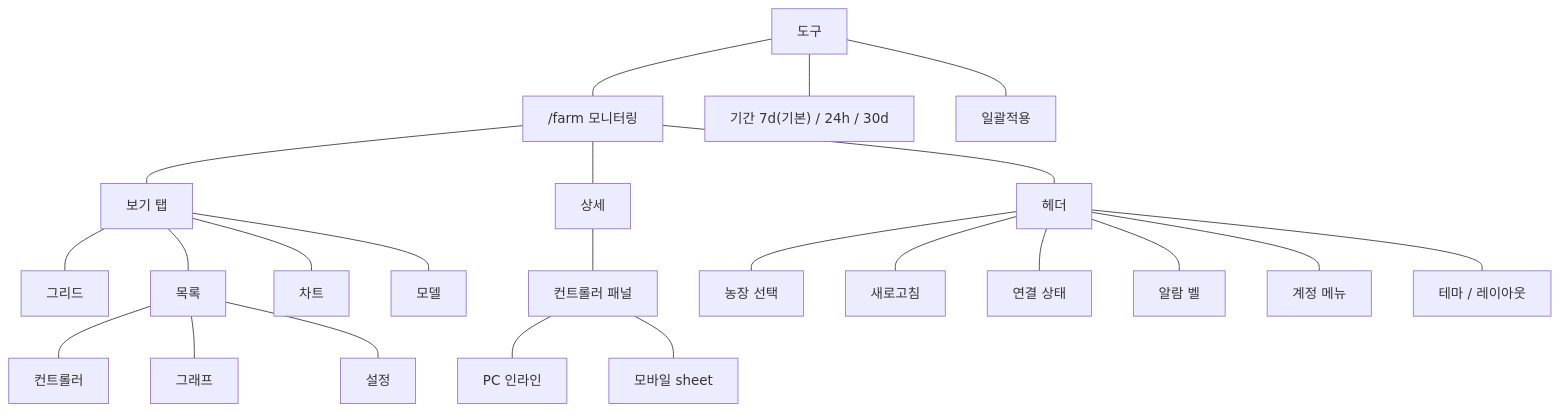
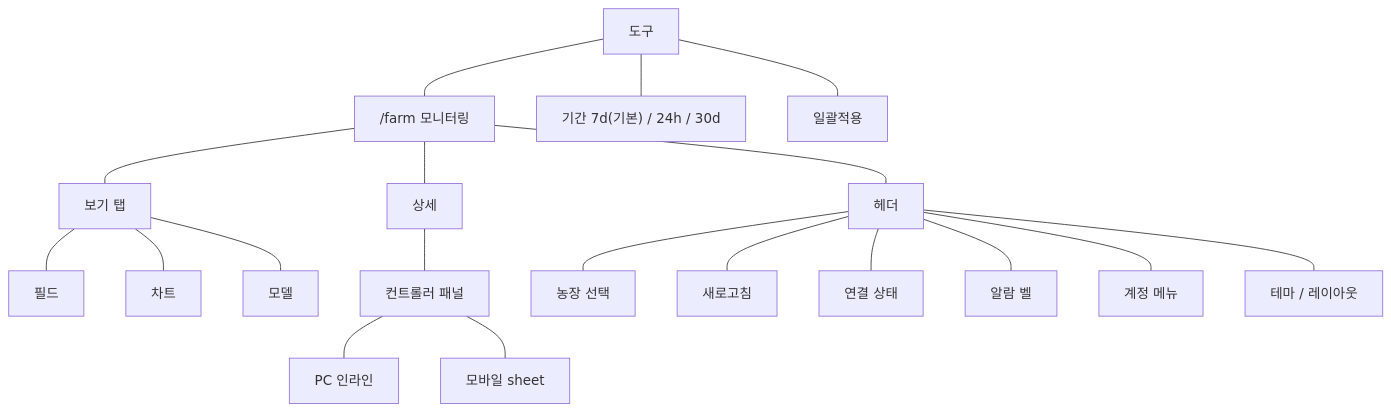
One commit to SIJackLee/dashboard changed the second of 3 diagrams in web/docs/user-manual/10-메뉴구조도.md. Above: the diagram before and after it, drawn with Mermaid. The commit also changed other lines of this file and 69 other files, not shown here.

````diff
--- a/web/docs/user-manual/10-메뉴구조도.md
+++ b/web/docs/user-manual/10-메뉴구조도.md
@@ -73,35 +72,31 @@
 ```mermaid
 flowchart TB
   %% 정사각: 상(상세) — 중(도구·farm·보기) — 하(헤더)
   detail["상세"]
 
   tools["도구"] --- farm["/farm 모니터링"] --- view["보기 탭"]
 
   header["헤더"]
 
   farm --- detail
   farm --- header
 
   %% 각 꼭짓점의 하위 (구조 동일)
   tools --- period["기간 7d(기본) / 24h / 30d"]
   tools --- bulk["일괄적용"]
 
-  view --- grid["그리드"]
-  view --- list["목록"]
+  view --- field["필드"]
   view --- chart["차트"]
   view --- model["모델"]
-  list --- modeCtrl["컨트롤러"]
-  list --- modeGraph["그래프"]
-  list --- modeSet["설정"]
 
   detail --- panel["컨트롤러 패널"]
   panel --- pcInline["PC 인라인"]
   panel --- mobileSheet["모바일 sheet"]
 
   header --- farmSelect["농장 선택"]
   header --- refresh["새로고침"]
   header --- connect["연결 상태"]
   header --- alarms["알람 벨"]
   header --- account["계정 메뉴"]
   header --- theme["테마 / 레이아웃"]
 ```
````
